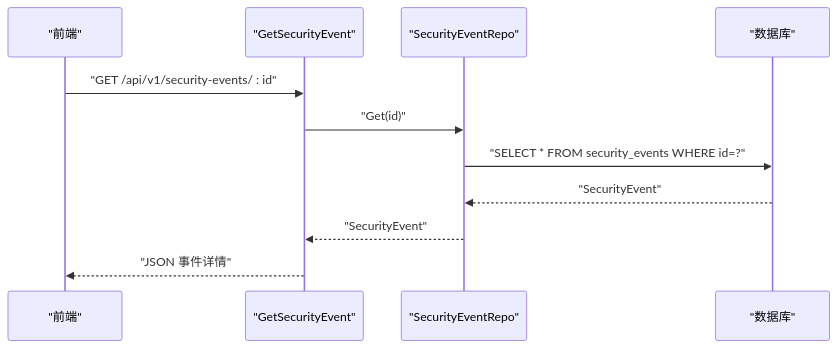
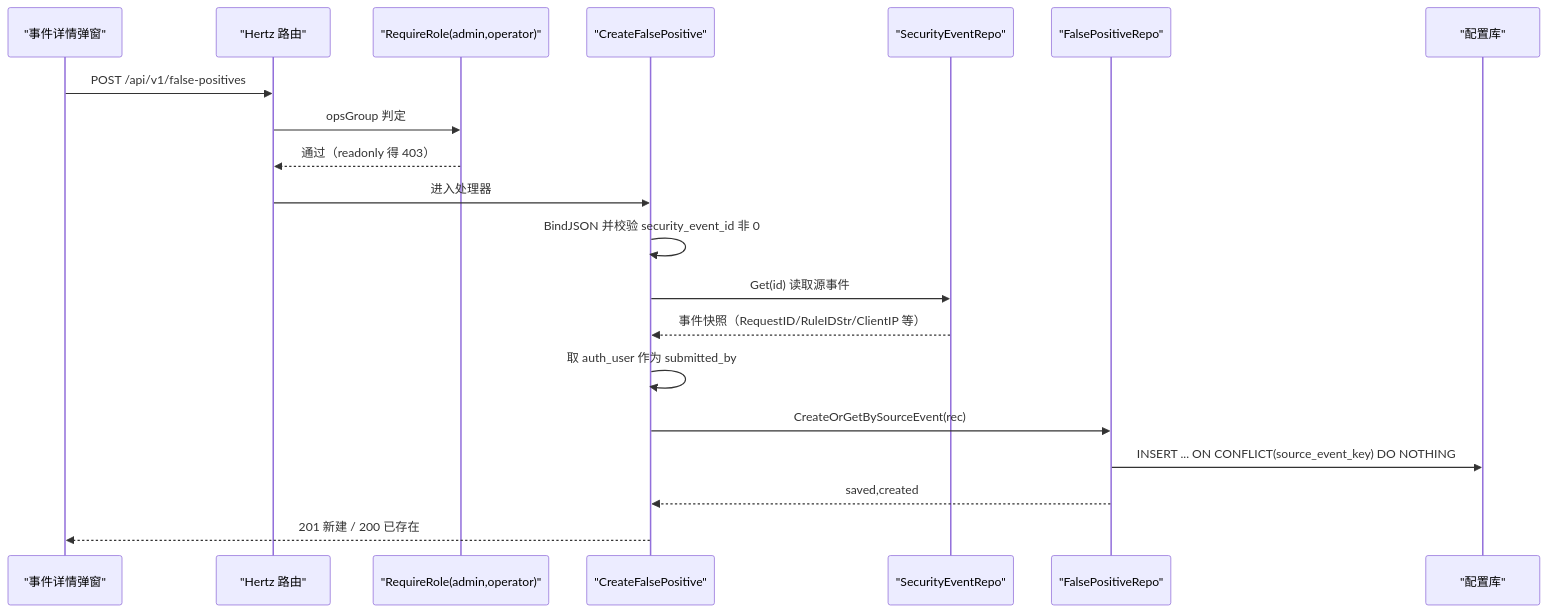
Before and after one commit to x01n/My-OpenWaf: the fourth of 6 diagrams in docs/管理 API 系统/安全事件 API.md, drawn with Mermaid. The commit also changed other lines of this file and 622 other files, not shown here.

````diff
--- a/docs/管理 API 系统/安全事件 API.md
+++ b/docs/管理 API 系统/安全事件 API.md
@@ -199,13 +233,22 @@
 ```mermaid
 sequenceDiagram
-participant FE as "前端"
-participant API as "GetSecurityEvent"
-participant Repo as "SecurityEventRepo"
-participant DB as "数据库"
-FE->>API : "GET /api/v1/security-events/ : id"
-API->>Repo : "Get(id)"
-Repo->>DB : "SELECT * FROM security_events WHERE id=?"
-DB-->>Repo : "SecurityEvent"
-Repo-->>API : "SecurityEvent"
-API-->>FE : "JSON 事件详情"
+participant FE as "事件详情弹窗"
+participant API as "Hertz 路由"
+participant Role as "RequireRole(admin,operator)"
+participant H as "CreateFalsePositive"
+participant SE as "SecurityEventRepo"
+participant FP as "FalsePositiveRepo"
+participant DB as "配置库"
+FE->>API : POST /api/v1/false-positives
+API->>Role : opsGroup 判定
+Role-->>API : 通过（readonly 得 403）
+API->>H : 进入处理器
+H->>H : BindJSON 并校验 security_event_id 非 0
+H->>SE : Get(id) 读取源事件
+SE-->>H : 事件快照（RequestID/RuleIDStr/ClientIP 等）
+H->>H : 取 auth_user 作为 submitted_by
+H->>FP : CreateOrGetBySourceEvent(rec)
+FP->>DB : INSERT ... ON CONFLICT(source_event_key) DO NOTHING
+FP-->>H : saved,created
+H-->>FE : 201 新建 / 200 已存在
 ```
````
